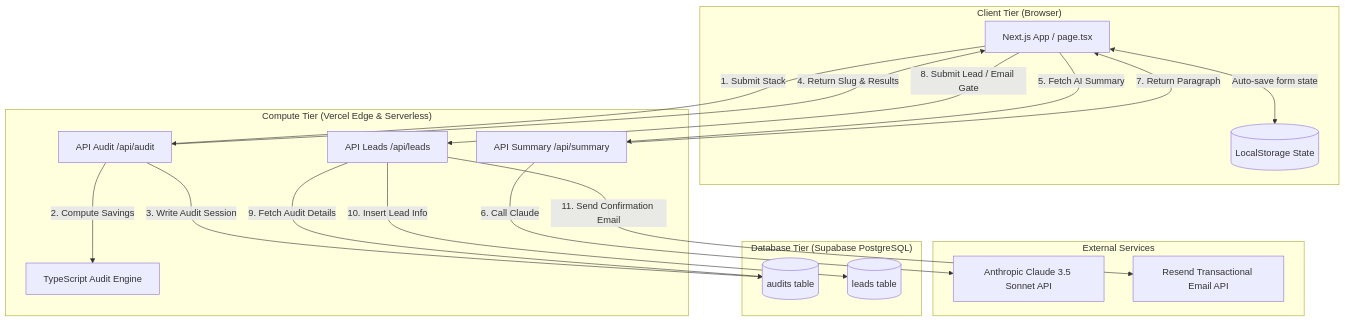
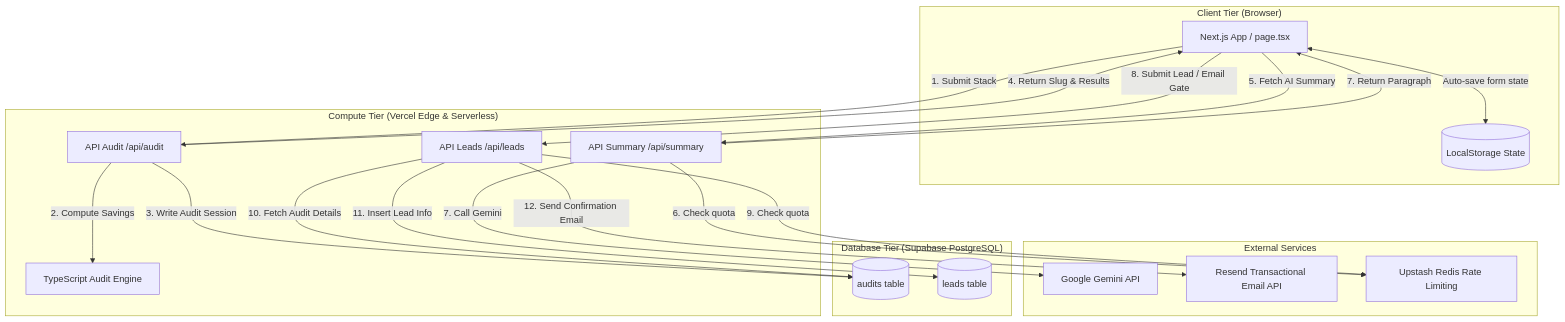
One commit to Mohi1038/spend-scope changed the diagram in ARCHITECTURE.md. Above: the diagram before and after it, drawn with Mermaid. The commit also changed other lines of this file and 3 other files, not shown here.

````diff
--- a/ARCHITECTURE.md
+++ b/ARCHITECTURE.md
@@ -9,44 +9,47 @@
 ```mermaid
 graph TD
     %% Client Tier
     subgraph Client ["Client Tier (Browser)"]
         UI[Next.js App / page.tsx]
         LS[(LocalStorage State)]
     end
 
     %% Edge / Compute Tier
     subgraph AppRouter ["Compute Tier (Vercel Edge & Serverless)"]
         API_A[API Audit /api/audit]
         API_L[API Leads /api/leads]
         API_S[API Summary /api/summary]
         Engine[TypeScript Audit Engine]
     end
 
     %% Third Party Integrations
     subgraph External ["External Services"]
-        Anthropic[Anthropic Claude 3.5 Sonnet API]
+        Gemini[Google Gemini API]
         Resend[Resend Transactional Email API]
+        Upstash[Upstash Redis Rate Limiting]
     end
 
     %% Database Tier
     subgraph DB ["Database Tier (Supabase PostgreSQL)"]
         Table_A[(audits table)]
         Table_L[(leads table)]
     end
 
     %% Data Connections
     UI <-->|Auto-save form state| LS
     UI -->|1. Submit Stack| API_A
     API_A -->|2. Compute Savings| Engine
     API_A -->|3. Write Audit Session| Table_A
     API_A -->|4. Return Slug & Results| UI
 
     UI -->|5. Fetch AI Summary| API_S
-    API_S -->|6. Call Claude| Anthropic
+    API_S -->|6. Check quota| Upstash
+    API_S -->|7. Call Gemini| Gemini
     API_S -->|7. Return Paragraph| UI
 
     UI -->|8. Submit Lead / Email Gate| API_L
-    API_L -->|9. Fetch Audit Details| Table_A
-    API_L -->|10. Insert Lead Info| Table_L
-    API_L -->|11. Send Confirmation Email| Resend
+    API_L -->|9. Check quota| Upstash
+    API_L -->|10. Fetch Audit Details| Table_A
+    API_L -->|11. Insert Lead Info| Table_L
+    API_L -->|12. Send Confirmation Email| Resend
 ```
````
